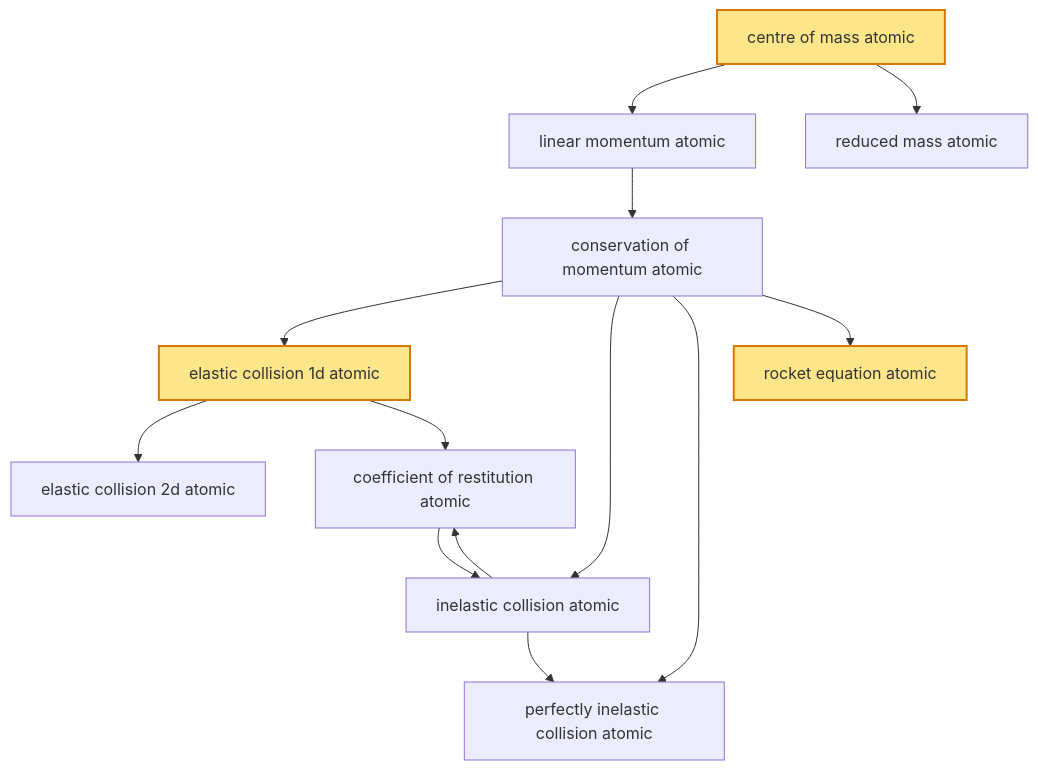
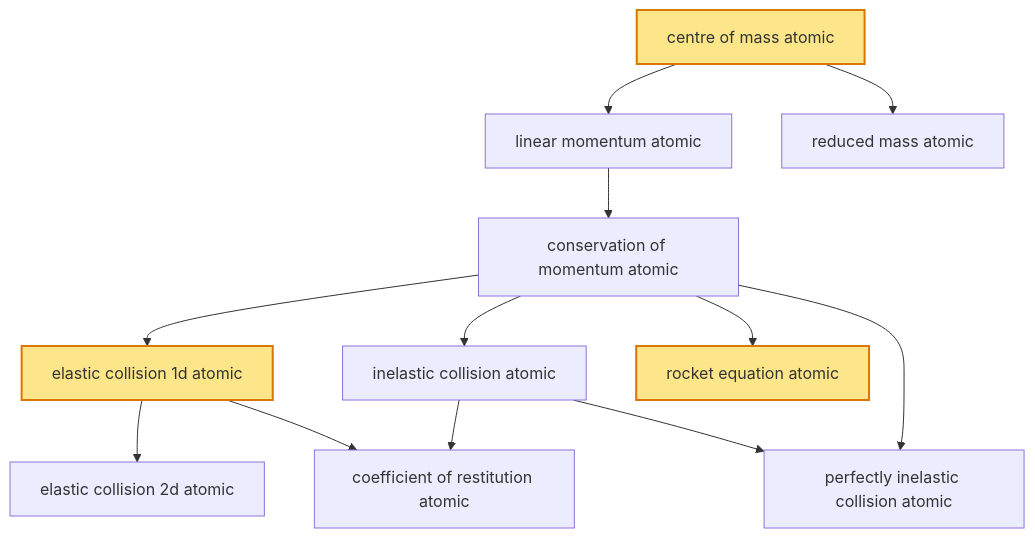
The diagram in docs/exports/chapters/chapter-14-momentum-collisions.md (nagapuripradeep02-web/Physics-mind), drawn with Mermaid before and after one commit. The commit also changed other lines of this file and 13 other files, not shown here.

````diff
--- a/docs/exports/chapters/chapter-14-momentum-collisions.md
+++ b/docs/exports/chapters/chapter-14-momentum-collisions.md
@@ -14,27 +12,26 @@
 ```mermaid
 graph TD
   c0["centre of mass atomic"]
   c1["linear momentum atomic"]
   c2["conservation of momentum atomic"]
   c3["elastic collision 1d atomic"]
   c4["elastic collision 2d atomic"]
   c5["inelastic collision atomic"]
   c6["perfectly inelastic collision atomic"]
   c7["coefficient of restitution atomic"]
   c8["rocket equation atomic"]
   c9["reduced mass atomic"]
   c0 --> c1
   c1 --> c2
   c2 --> c3
   c3 --> c4
   c2 --> c5
-  c7 --> c5
   c5 --> c6
   c2 --> c6
   c3 --> c7
   c5 --> c7
   c2 --> c8
   c0 --> c9
   classDef diamond fill:#fde68a,stroke:#d97706,stroke-width:2px;
   class c0,c3,c8 diamond;
 ```
````
